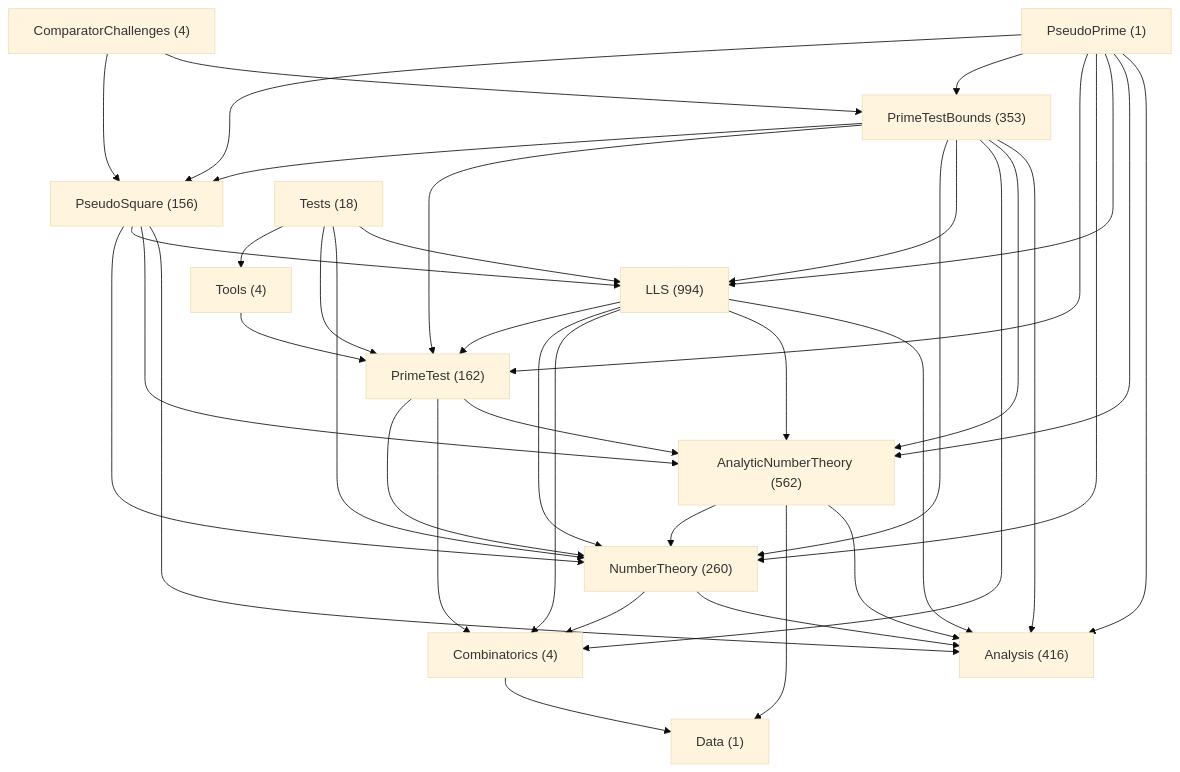
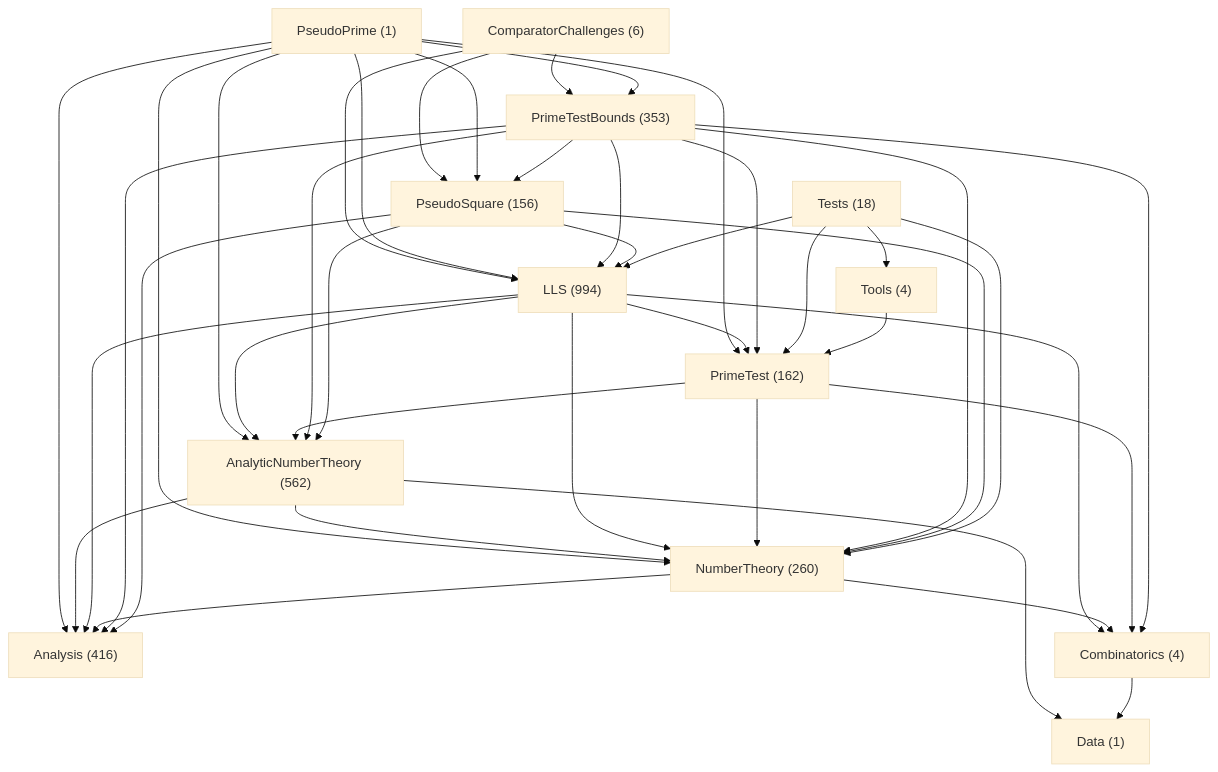
Before and after one commit to mizar/PseudoPrimeLean: the diagram in doc/ReviewPolicy/generated/namespace-dependencies.md, drawn with Mermaid (base theme). The commit also changed other lines of this file and 3 other files, not shown here.

Commit message:
Add comparator challenges for LLS prime witnesses

````diff
--- a/doc/ReviewPolicy/generated/namespace-dependencies.md
+++ b/doc/ReviewPolicy/generated/namespace-dependencies.md
@@ -8,55 +8,56 @@
 ```mermaid
 flowchart TD
-    N0["ComparatorChallenges (4)"]
+    N0["ComparatorChallenges (6)"]
     N1["PseudoPrime (1)"]
     N2["Analysis (416)"]
     N3["AnalyticNumberTheory (562)"]
     N4["Combinatorics (4)"]
     N5["Data (1)"]
     N6["LLS (994)"]
     N7["NumberTheory (260)"]
     N8["PrimeTest (162)"]
     N9["PrimeTestBounds (353)"]
     N10["PseudoSquare (156)"]
     N11["Tests (18)"]
     N12["Tools (4)"]
+    N0 --> N6
     N0 --> N9
     N0 --> N10
     N1 --> N2
     N1 --> N3
     N1 --> N6
     N1 --> N7
     N1 --> N8
     N1 --> N9
     N1 --> N10
     N3 --> N2
     N3 --> N5
     N3 --> N7
     N4 --> N5
     N6 --> N2
     N6 --> N3
     N6 --> N4
     N6 --> N7
     N6 --> N8
     N7 --> N2
     N7 --> N4
     N8 --> N3
     N8 --> N4
     N8 --> N7
     N9 --> N2
     N9 --> N3
     N9 --> N4
     N9 --> N6
     N9 --> N7
     N9 --> N8
     N9 --> N10
     N10 --> N2
     N10 --> N3
     N10 --> N6
     N10 --> N7
     N11 --> N6
     N11 --> N7
     N11 --> N8
     N11 --> N12
     N12 --> N8
 ```
````
